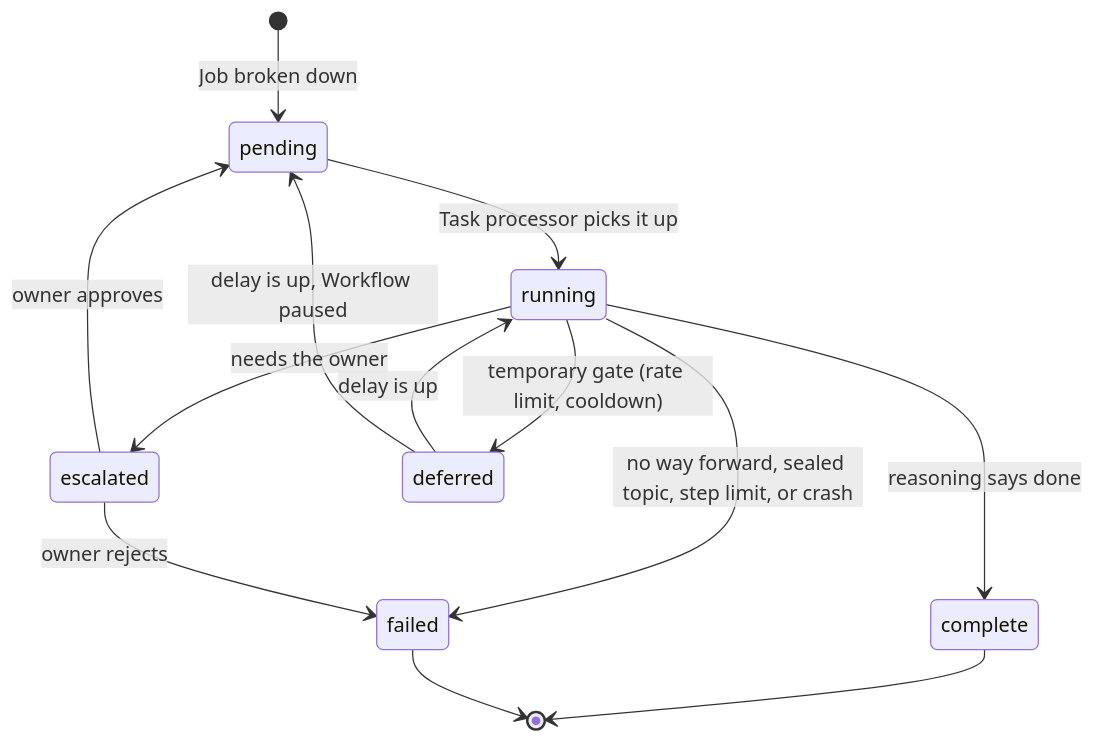
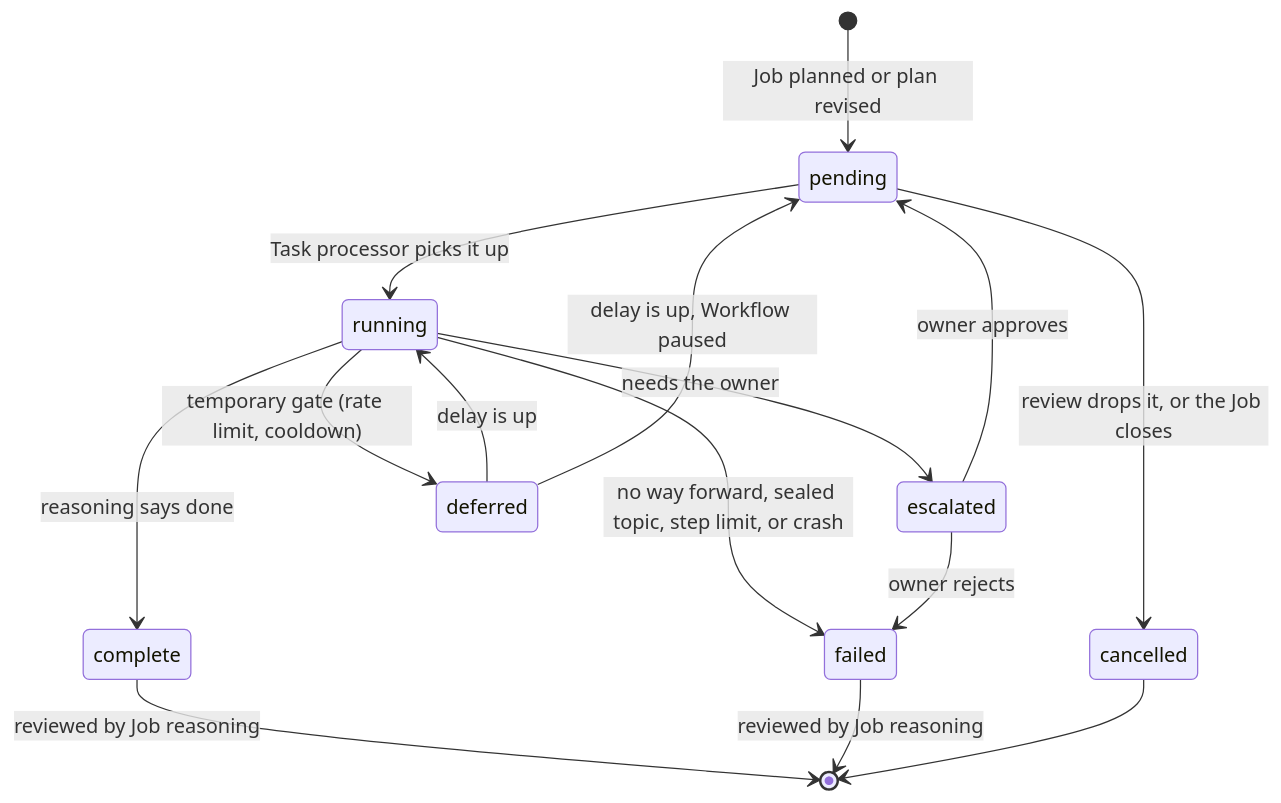
Before and after one commit to BaraaSoft/agentcores: the second of 4 diagrams in packages/backend/src/governance/processors/tech-spec.md, drawn with Mermaid. The commit also changed other lines of this file and 36 other files, not shown here.

````diff
--- a/packages/backend/src/governance/processors/tech-spec.md
+++ b/packages/backend/src/governance/processors/tech-spec.md
@@ -112,15 +123,17 @@
 ```mermaid
 stateDiagram-v2
-    [*] --> pending: Job broken down
+    [*] --> pending: Job planned or plan revised
     pending --> running: Task processor picks it up
+    pending --> cancelled: review drops it, or the Job closes
     running --> complete: reasoning says done
     running --> failed: no way forward, sealed topic, step limit, or crash
     running --> escalated: needs the owner
     running --> deferred: temporary gate (rate limit, cooldown)
     deferred --> running: delay is up
     deferred --> pending: delay is up, Workflow paused
     escalated --> pending: owner approves
     escalated --> failed: owner rejects
-    complete --> [*]
-    failed --> [*]
+    complete --> [*]: reviewed by Job reasoning
+    failed --> [*]: reviewed by Job reasoning
+    cancelled --> [*]
 ```
````
